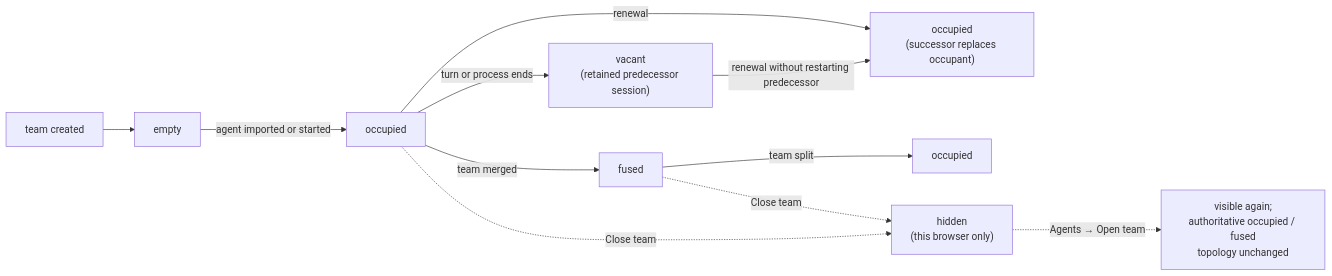
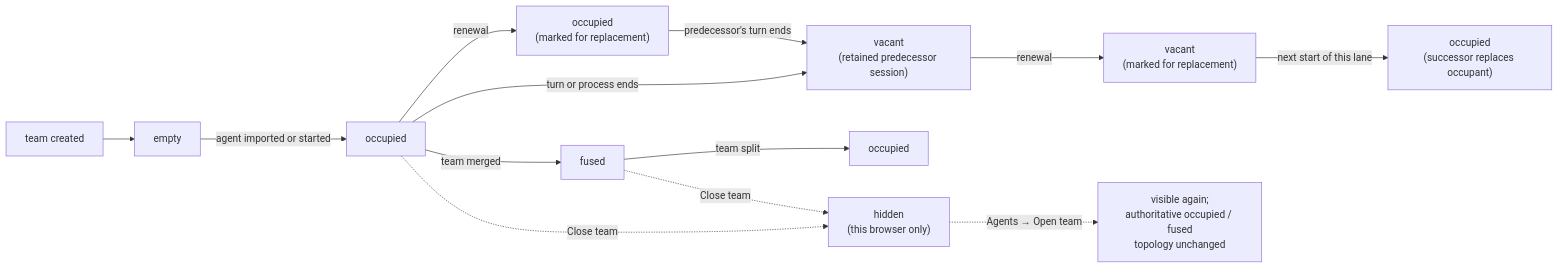
Before and after one commit to infimalabs/spice-rust: diagram 13 of 17 in docs/product/loops.md, drawn with Mermaid. The commit also changed other lines of this file and 14 other files, not shown here.

First line of the commit message:
lane: Renewal marks a lane instead of starting one RENEWAL-dT3KXPlgM

````diff
--- a/docs/product/loops.md
+++ b/docs/product/loops.md
@@ -368,13 +368,15 @@
 ```mermaid
 flowchart LR
   C["team created"] --> E["empty"]
   E -->|"agent imported or started"| O["occupied"]
-  O -->|"renewal"| OR["occupied<br/>(successor replaces occupant)"]
+  O -->|"renewal"| OM["occupied<br/>(marked for replacement)"]
+  OM -->|"predecessor's turn ends"| Q
   O -->|"turn or process ends"| Q["vacant<br/>(retained predecessor session)"]
-  Q -->|"renewal without restarting predecessor"| OR
+  Q -->|"renewal"| QM["vacant<br/>(marked for replacement)"]
+  QM -->|"next start of this lane"| OR["occupied<br/>(successor replaces occupant)"]
   O -->|"team merged"| F["fused"]
   F -->|"team split"| OS["occupied"]
   O -.->|"Close team"| H["hidden<br/>(this browser only)"]
   F -.->|"Close team"| H
   H -.->|"Agents → Open team"| V["visible again;<br/>authoritative occupied / fused<br/>topology unchanged"]
 ```
````
